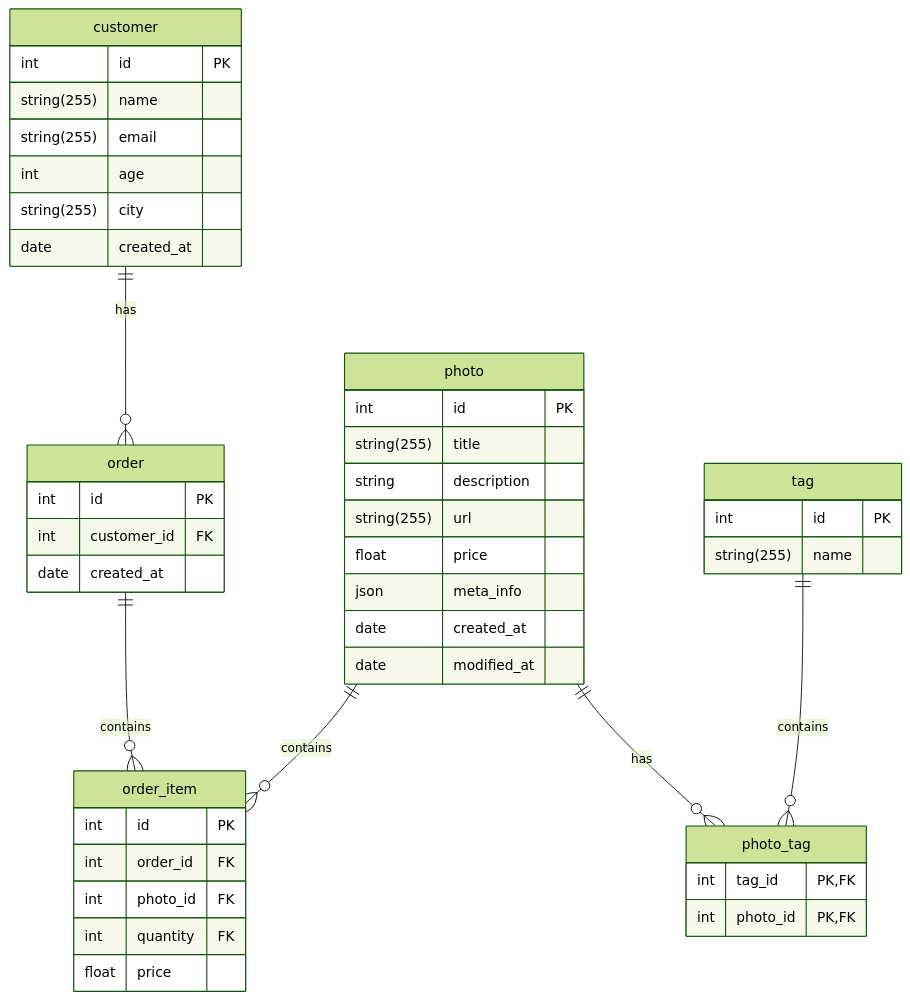
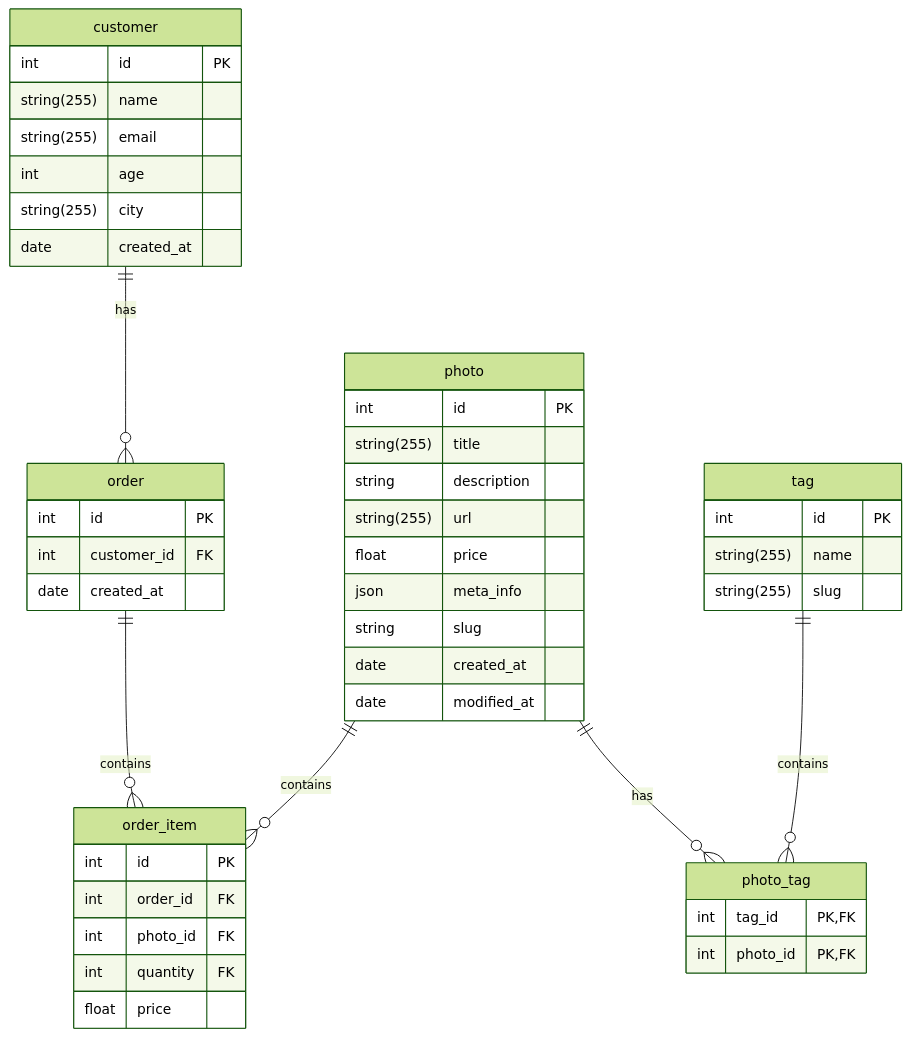
Before and after one commit to RudyStark/photosymfony: the diagram in readme.md, drawn with Mermaid (forest theme).

````diff
--- a/readme.md
+++ b/readme.md
@@ -5,51 +5,53 @@
 ```mermaid
 erDiagram
     customer {
         int id PK
         string(255) name
         string(255) email
         int age
         string(255) city
         date created_at
     }
     photo {
         int id PK
         string(255) title
         string description
         string(255) url
         float price
         json meta_info
+        string slug
         date created_at
         date modified_at
     }
 
     order {
         int id PK
         int customer_id FK
         date created_at
     }
 
     order_item {
         int id PK
         int order_id FK
         int photo_id FK
         int quantity FK
         float price
     }
 
     tag {
         int id PK
         string(255) name
+        string(255) slug
     }
 
     photo_tag {
         int tag_id PK, FK
         int photo_id PK, FK
     }
 
     customer ||--o{ order : has
     order ||--o{ order_item : contains
     photo ||--o{ order_item : contains
     photo ||--o{ photo_tag : has
     tag ||--o{ photo_tag : contains
 ```
````
